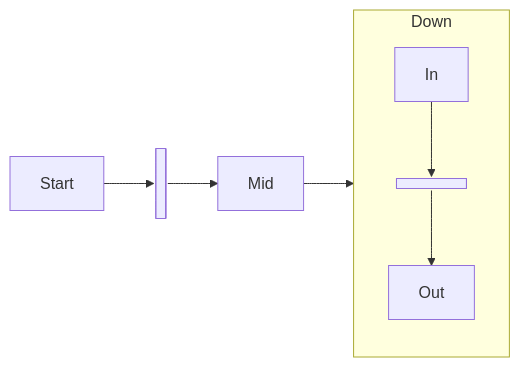
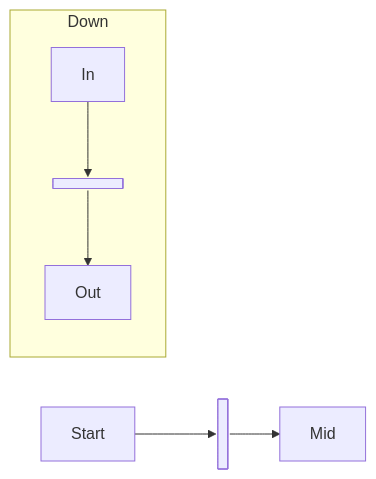
The diagram in e2e/diagrams/flowchart/baseline/shapes/fork-lr-down-subgraph.mmd (mermaid-js/mermaid-v13), drawn with Mermaid before and after one commit. The commit also changed other lines of this file and 1 other file, not shown here.

Commit message:
test(flowchart): drop the edge into the Down subgraph in two fork fixtures
fork-lr-down-subgraph.mmd loses `y --> c` and fork-subgraph-direction.mmd
loses `b --> c`, so no edge crosses the border of the subgraph whose own
direction the fixtures show (D604). flowchart-fork.spec.ts reads both
fixtures and still passes.

```diff
--- a/e2e/diagrams/flowchart/baseline/shapes/fork-lr-down-subgraph.mmd
+++ b/e2e/diagrams/flowchart/baseline/shapes/fork-lr-down-subgraph.mmd
@@ -1,10 +1,9 @@
 ---
 description: in a left-to-right diagram a subgraph with direction TB keeps a horizontal bar (D604)
 ---
 flowchart LR
   x[Start] --> h@{ shape: fork } --> y[Mid]
   subgraph down [Down]
     direction TB
     c[In] --> g@{ shape: fork } --> d[Out]
   end
-  y --> c
```
